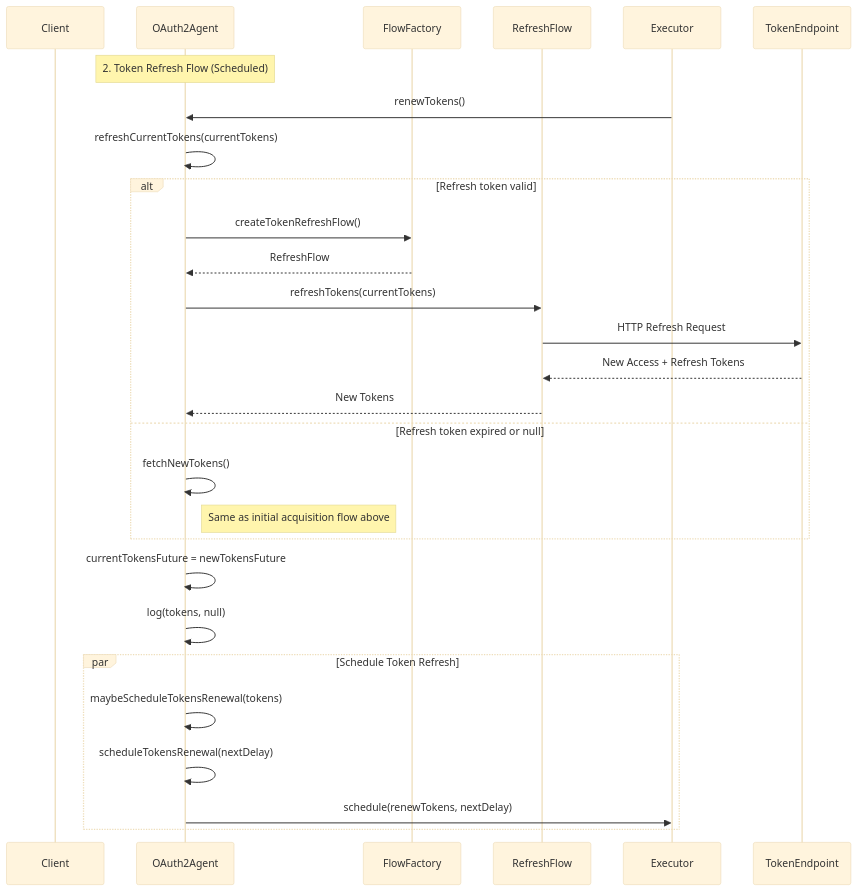
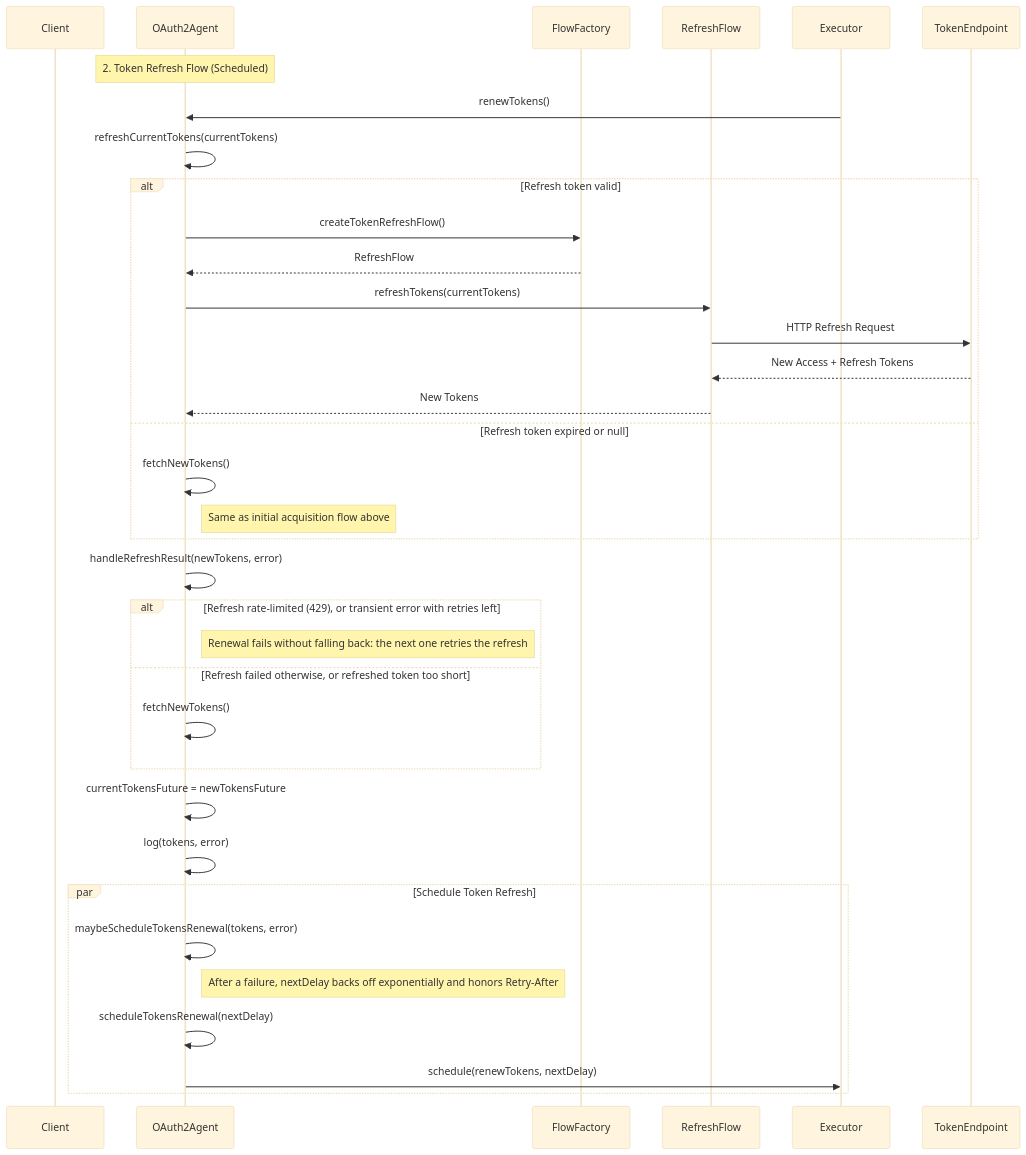
One commit to dremio/iceberg-auth-manager changed the fourth of 5 diagrams in docs/developer/agent.md. Above: the diagram before and after it, drawn with Mermaid (base theme). The commit also changed other lines of this file and 14 other files, not shown here.

````diff
--- a/docs/developer/agent.md
+++ b/docs/developer/agent.md
@@ -293,34 +341,42 @@
 ```mermaid
 sequenceDiagram
     participant Client
     participant OAuth2Agent
     participant FlowFactory
     participant RefreshFlow
     participant Executor
     participant TokenEndpoint
 
     Note over OAuth2Agent: 2. Token Refresh Flow (Scheduled)
     
     Executor->>OAuth2Agent: renewTokens()
     OAuth2Agent->>OAuth2Agent: refreshCurrentTokens(currentTokens)
     
     alt Refresh token valid
         OAuth2Agent->>FlowFactory: createTokenRefreshFlow()
         FlowFactory-->>OAuth2Agent: RefreshFlow
         OAuth2Agent->>RefreshFlow: refreshTokens(currentTokens)
         RefreshFlow->>TokenEndpoint: HTTP Refresh Request
         TokenEndpoint-->>RefreshFlow: New Access + Refresh Tokens
         RefreshFlow-->>OAuth2Agent: New Tokens
     else Refresh token expired or null
         OAuth2Agent->>OAuth2Agent: fetchNewTokens()
         Note right of OAuth2Agent: Same as initial acquisition flow above
     end
+
+    OAuth2Agent->>OAuth2Agent: handleRefreshResult(newTokens, error)
+    alt Refresh rate-limited (429), or transient error with retries left
+        Note right of OAuth2Agent: Renewal fails without falling back: the next one retries the refresh
+    else Refresh failed otherwise, or refreshed token too short
+        OAuth2Agent->>OAuth2Agent: fetchNewTokens()
+    end
     
     OAuth2Agent->>OAuth2Agent: currentTokensFuture = newTokensFuture
-    OAuth2Agent->>OAuth2Agent: log(tokens, null)
+    OAuth2Agent->>OAuth2Agent: log(tokens, error)
     par Schedule Token Refresh
-        OAuth2Agent->>OAuth2Agent: maybeScheduleTokensRenewal(tokens)
+        OAuth2Agent->>OAuth2Agent: maybeScheduleTokensRenewal(tokens, error)
+        Note right of OAuth2Agent: After a failure, nextDelay backs off exponentially and honors Retry-After
         OAuth2Agent->>OAuth2Agent: scheduleTokensRenewal(nextDelay)
         OAuth2Agent->>Executor: schedule(renewTokens, nextDelay)
     end
 ```
````
